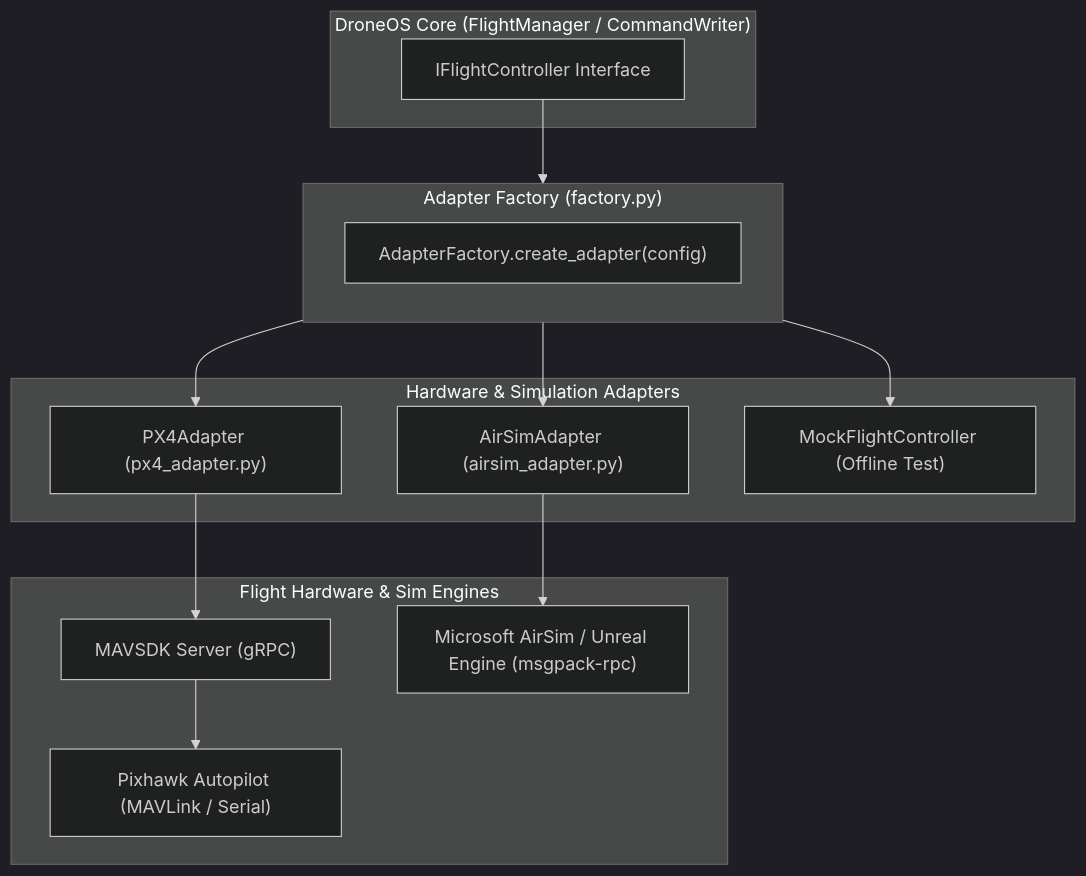
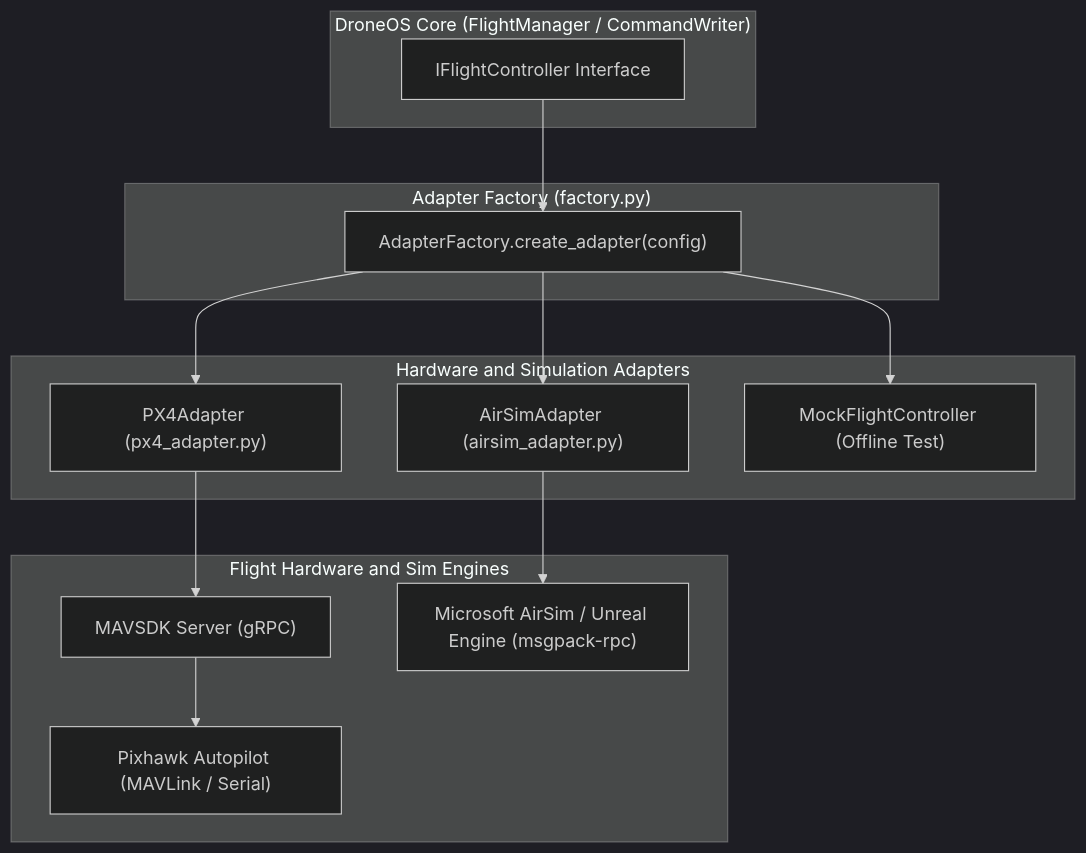
The diagram in doc/architecture/flight-adapters.md (Debanshu2005/DroneSwarm), drawn with Mermaid (dark theme) before and after one commit. The commit also changed other lines of this file and 11 other files, not shown here.

Commit message:
docs: add comprehensive system architecture and user guides for phoneos swarm

````diff
--- a/doc/architecture/flight-adapters.md
+++ b/doc/architecture/flight-adapters.md
@@ -7,30 +7,30 @@
 ```mermaid
-graph TD
+flowchart TD
     subgraph CoreOS["DroneOS Core (FlightManager / CommandWriter)"]
         Interface["IFlightController Interface"]
     end
 
-    subgraph Factory["Adapter Factory (factory.py)"]
+    subgraph FactoryCluster["Adapter Factory (factory.py)"]
         BuildAdapter["AdapterFactory.create_adapter(config)"]
     end
 
-    subgraph Adapters["Hardware & Simulation Adapters"]
+    subgraph Adapters["Hardware and Simulation Adapters"]
         PX4["PX4Adapter (px4_adapter.py)"]
         AirSim["AirSimAdapter (airsim_adapter.py)"]
         Mock["MockFlightController (Offline Test)"]
     end
 
-    subgraph Backends["Flight Hardware & Sim Engines"]
+    subgraph Backends["Flight Hardware and Sim Engines"]
         Pixhawk["Pixhawk Autopilot (MAVLink / Serial)"]
         MAVServer["MAVSDK Server (gRPC)"]
         UnrealAirSim["Microsoft AirSim / Unreal Engine (msgpack-rpc)"]
     end
 
-    Interface --> Factory
-    Factory --> PX4
-    Factory --> AirSim
-    Factory --> Mock
+    Interface --> BuildAdapter
+    BuildAdapter --> PX4
+    BuildAdapter --> AirSim
+    BuildAdapter --> Mock
 
     PX4 --> MAVServer --> Pixhawk
     AirSim --> UnrealAirSim
 ```
````
